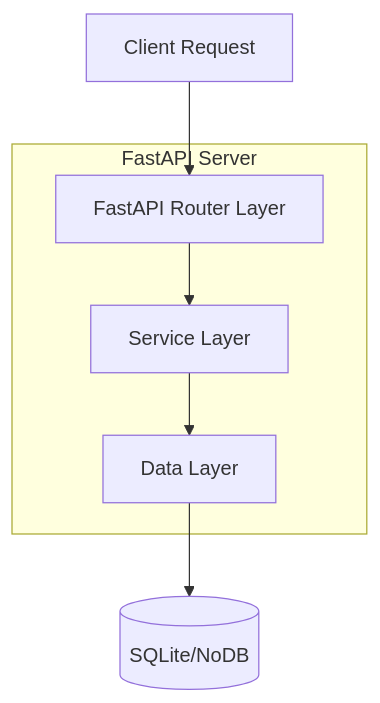
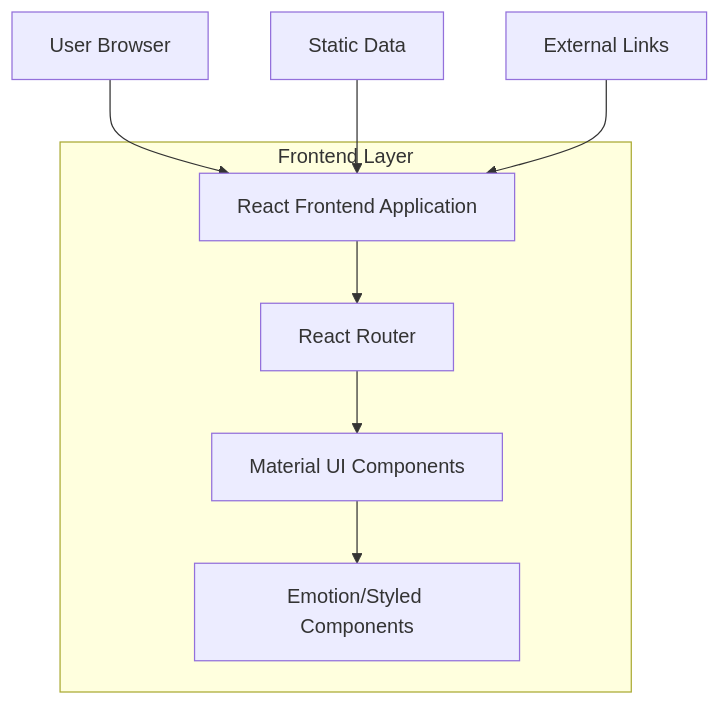
Before and after one commit to FeiWangHub/liveDemo2: the diagram in .trae/documents/abc-ai-community-technical-architecture.md, drawn with Mermaid. The commit also changed other lines of this file and 36 other files, not shown here.

Commit message:
Implement ABC AI Community website with FastAPI backend, Q&A features, and community feedback

````diff
--- a/.trae/documents/abc-ai-community-technical-architecture.md
+++ b/.trae/documents/abc-ai-community-technical-architecture.md
@@ -155,13 +3,17 @@
 ```mermaid
 graph TD
-  A[Client Request] --> B[FastAPI Router Layer]
-  B --> C[Service Layer]
-  C --> D[Data Layer]
-  D --> E[(SQLite/NoDB)]
-
-  subgraph "FastAPI Server"
-      B
-      C
-      D
+  A[User Browser] --> B[React Frontend Application]
+  B --> C[React Router]
+  C --> D[Material UI Components]
+  D --> E[Emotion/Styled Components]
+  
+  subgraph "Frontend Layer"
+    B
+    C
+    D
+    E
   end
+  
+  F[Static Data] --> B
+  G[External Links] --> B
 ```
````
